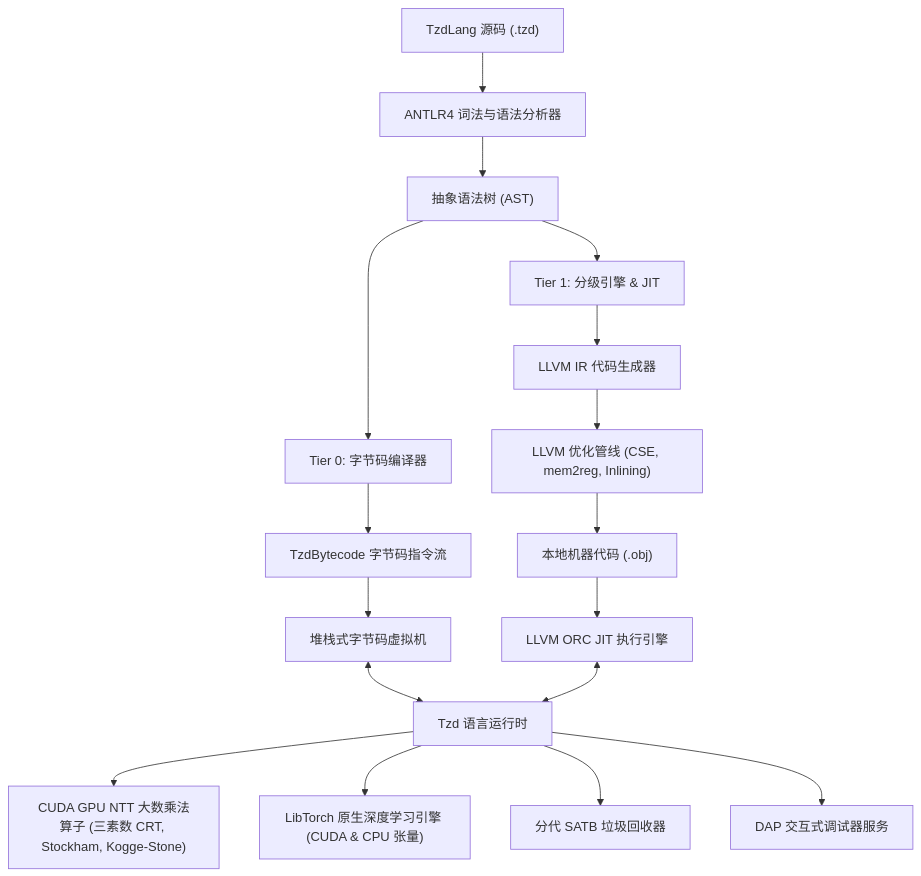
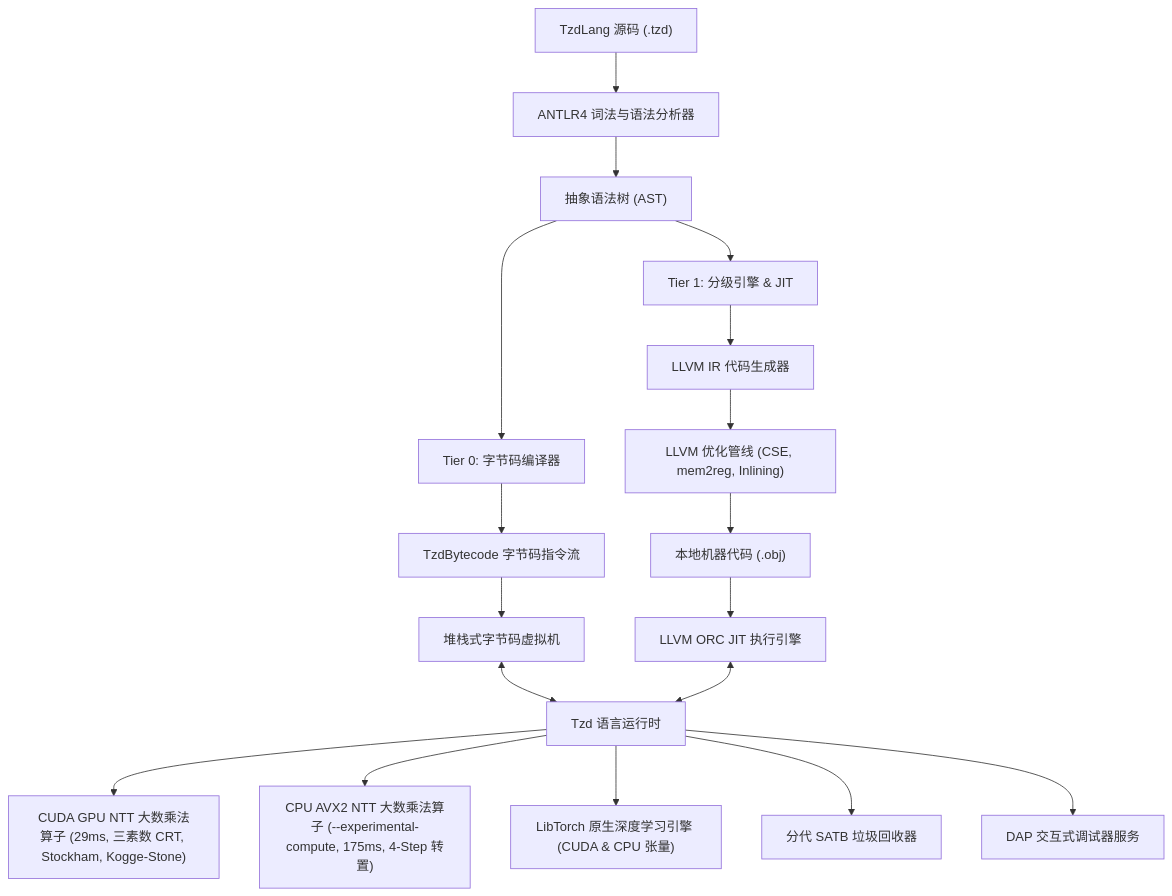
The diagram in wiki/Home-zh.md (tzdwindows/TzdLanguage), drawn with Mermaid before and after one commit. The commit also changed other lines of this file and 7 other files, not shown here.

First line of the commit message:
docs: update README and technical wiki with CPU experimental compute NTT engine

````diff
--- a/wiki/Home-zh.md
+++ b/wiki/Home-zh.md
@@ -57,23 +63,24 @@
 ```mermaid
 graph TD
     Source["TzdLang 源码 (.tzd)"] --> Lexer["ANTLR4 词法与语法分析器"]
     Lexer --> AST["抽象语法树 (AST)"]
     
     AST --> Tier0["Tier 0: 字节码编译器"]
     Tier0 --> Bytecode["TzdBytecode 字节码指令流"]
     Bytecode --> VM["堆栈式字节码虚拟机"]
     
     AST --> Tier1["Tier 1: 分级引擎 & JIT"]
     Tier1 --> LLVMIR["LLVM IR 代码生成器"]
     LLVMIR --> OptPasses["LLVM 优化管线 (CSE, mem2reg, Inlining)"]
     OptPasses --> ObjectCache["本地机器代码 (.obj)"]
     ObjectCache --> LLJIT["LLVM ORC JIT 执行引擎"]
     
     VM <--> Runtime["Tzd 语言运行时"]
     LLJIT <--> Runtime
     
-    Runtime --> BigInt["CUDA GPU NTT 大数乘法算子 (三素数 CRT, Stockham, Kogge-Stone)"]
+    Runtime --> BigIntGPU["CUDA GPU NTT 大数乘法算子 (29ms, 三素数 CRT, Stockham, Kogge-Stone)"]
+    Runtime --> BigIntCPU["CPU AVX2 NTT 大数乘法算子 (--experimental-compute, 175ms, 4-Step 转置)"]
     Runtime --> LibTorch["LibTorch 原生深度学习引擎 (CUDA & CPU 张量)"]
     Runtime --> GC["分代 SATB 垃圾回收器"]
     Runtime --> DAP["DAP 交互式调试器服务"]
 ```
````
